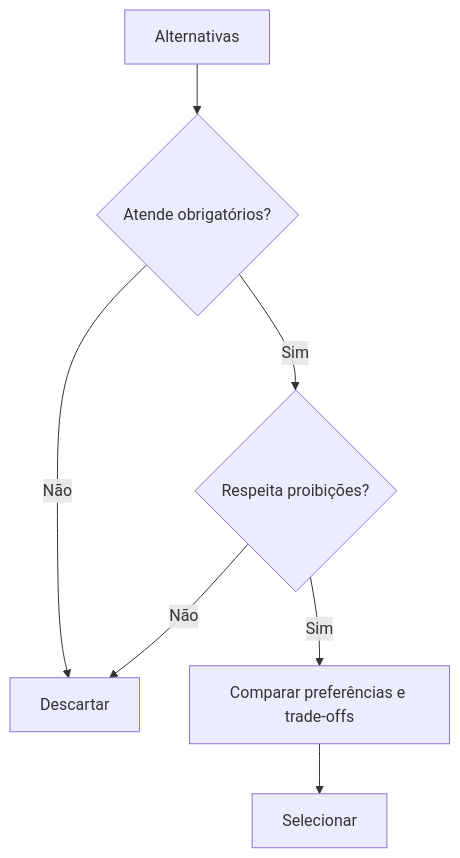
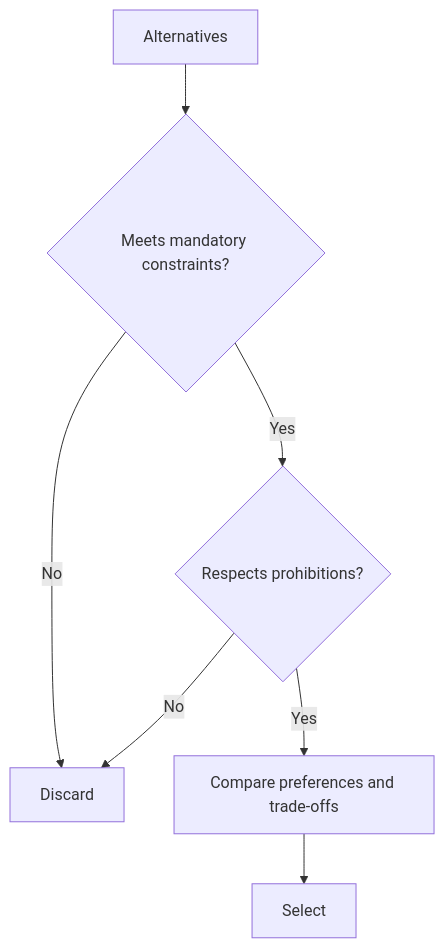
Before and after one commit to rpelizza/PelizzAI: the fourth of 5 diagrams in dist/.claude/skills/pelizzai-reasoning/techniques/constraint-satisfaction.md, drawn with Mermaid. The commit also changed other lines of this file and 362 other files, not shown here.

````diff
--- a/dist/.claude/skills/pelizzai-reasoning/techniques/constraint-satisfaction.md
+++ b/dist/.claude/skills/pelizzai-reasoning/techniques/constraint-satisfaction.md
@@ -428,9 +428,9 @@
 ```mermaid
 flowchart TD
-    A[Alternativas] --> B{Atende obrigatórios?}
-    B -- Não --> C[Descartar]
-    B -- Sim --> D{Respeita proibições?}
-    D -- Não --> C
-    D -- Sim --> E[Comparar preferências e trade-offs]
-    E --> F[Selecionar]
+    A[Alternatives] --> B{Meets mandatory constraints?}
+    B -- No --> C[Discard]
+    B -- Yes --> D{Respects prohibitions?}
+    D -- No --> C
+    D -- Yes --> E[Compare preferences and trade-offs]
+    E --> F[Select]
 ```
````
